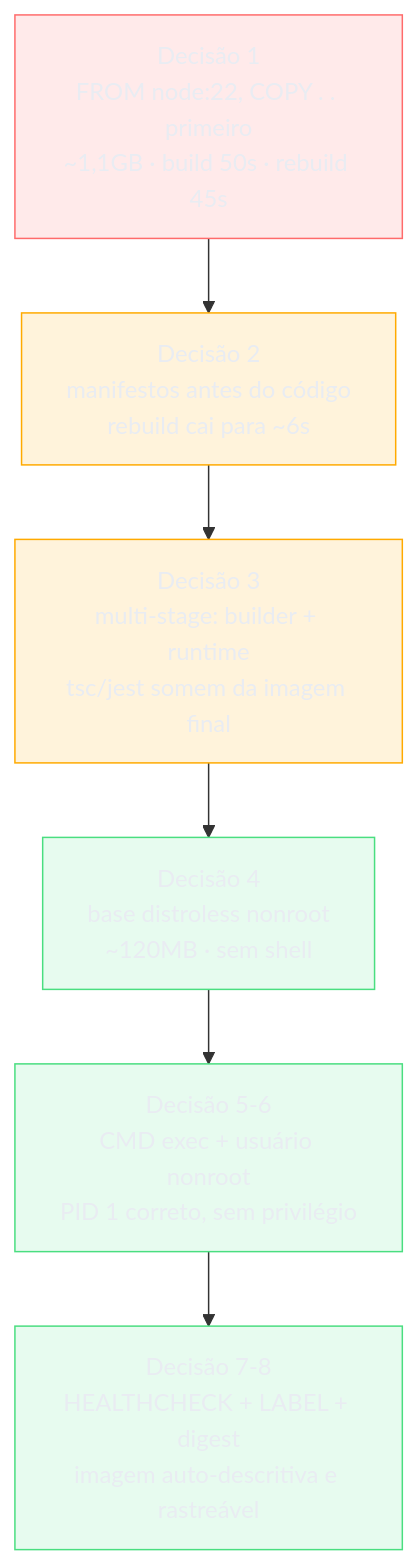
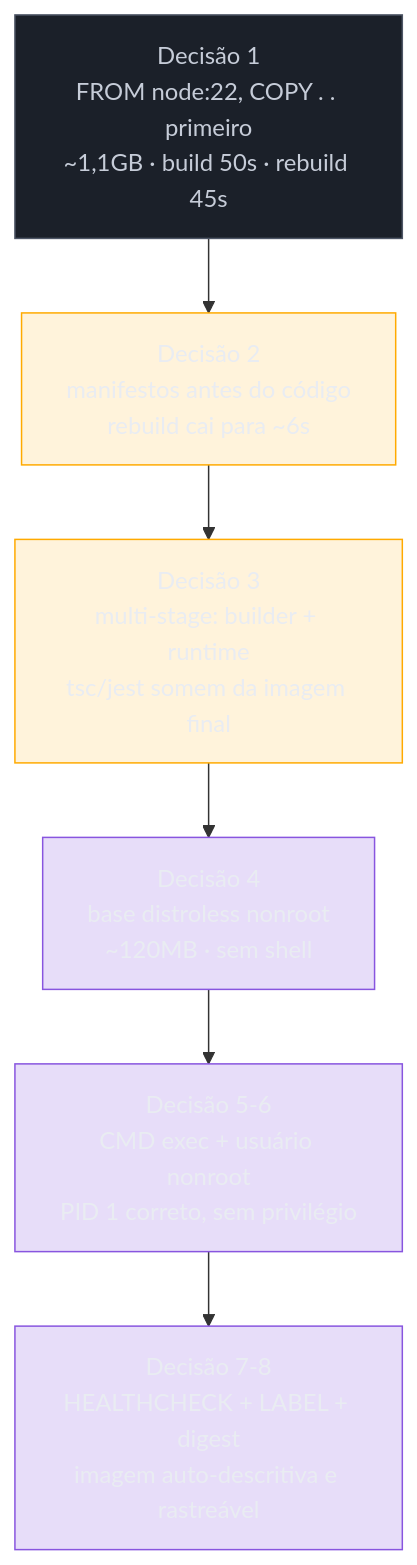
The diagram in 03-Dominios/Tecnologia/Infraestrutura/Docker/18 - Capstone - empacotar uma app do zero.md (josenaldo/codex-technomanticus), drawn with Mermaid before and after one commit. The commit also changed 601 other files, not shown here.

````diff
--- a/03-Dominios/Tecnologia/Infraestrutura/Docker/18 - Capstone - empacotar uma app do zero.md
+++ b/03-Dominios/Tecnologia/Infraestrutura/Docker/18 - Capstone - empacotar uma app do zero.md
@@ -301,18 +301,18 @@
 ```mermaid
 flowchart TD
-    classDef falha fill:#FF6B6B24,stroke:#FF6B6B,color:#E9ECF2
+    classDef marca fill:#8855DF33,stroke:#8855DF,color:#E9ECF2
+    classDef neutro fill:#1B2029,stroke:#4E5666,color:#C6CCD8
     classDef destaque fill:#FFAA0024,stroke:#FFAA00,color:#E9ECF2
-    classDef ok fill:#4ADE8021,stroke:#4ADE80,color:#E9ECF2
     A["Decisão 1<br/>FROM node:22, COPY . . primeiro<br/>~1,1GB · build 50s · rebuild 45s"] --> B["Decisão 2<br/>manifestos antes do código<br/>rebuild cai para ~6s"]
     B --> C["Decisão 3<br/>multi-stage: builder + runtime<br/>tsc/jest somem da imagem final"]
     C --> D["Decisão 4<br/>base distroless nonroot<br/>~120MB · sem shell"]
     D --> E["Decisão 5-6<br/>CMD exec + usuário nonroot<br/>PID 1 correto, sem privilégio"]
     E --> F["Decisão 7-8<br/>HEALTHCHECK + LABEL + digest<br/>imagem auto-descritiva e rastreável"]
 
-    class A falha
+    class A neutro
     class B destaque
     class C destaque
-    class D ok
-    class E ok
-    class F ok
+    class D marca
+    class E marca
+    class F marca
 ```
````
